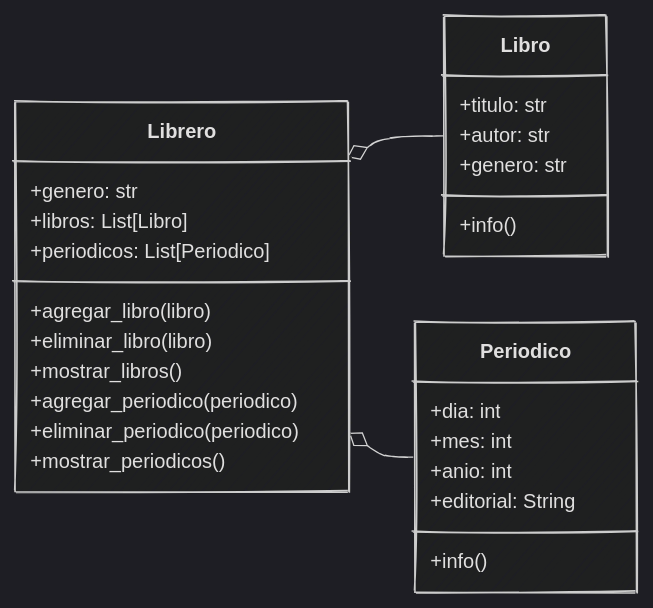
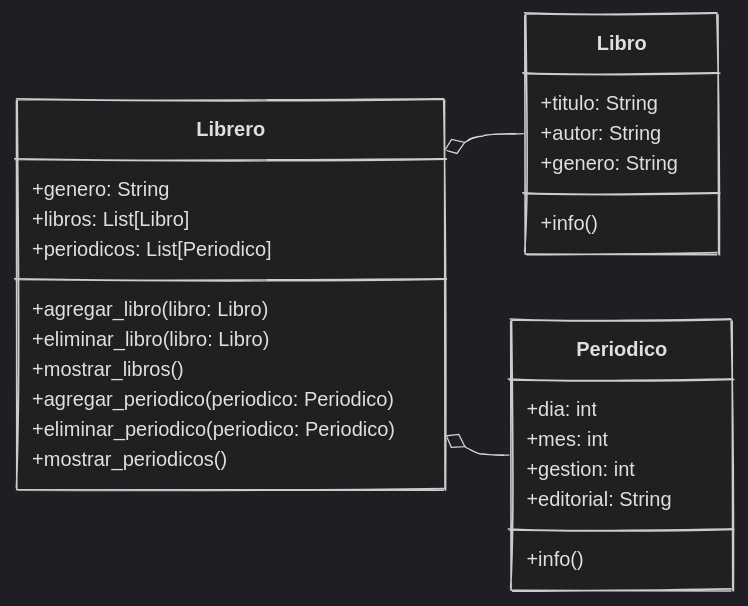
The fourth of 6 diagrams in content/sesion06/Readme.md (python-la-paz/python-study-group-oop), drawn with Mermaid before and after one commit. The commit also changed other lines of this file and 3 other files, not shown here.

````diff
--- a/content/sesion06/Readme.md
+++ b/content/sesion06/Readme.md
@@ -703,32 +778,32 @@
 ```mermaid
 %%{init: {"theme": "dark", "look": "handDrawn"  }}%%
 classDiagram
 direction LR
     class Libro {
-        +titulo: str
-        +autor: str
-        +genero: str
+        +titulo: String
+        +autor: String
+        +genero: String
         +info()
     }
     class Periodico {
         +dia: int
         +mes: int
-        +anio: int
+        +gestion: int
         +editorial: String
         +info()
     }
     class Librero {
-        +genero: str
+        +genero: String
         +libros: List[Libro]
         +periodicos: List[Periodico]
-        +agregar_libro(libro)
-        +eliminar_libro(libro)
+        +agregar_libro(libro: Libro)
+        +eliminar_libro(libro: Libro)
         +mostrar_libros()
-        +agregar_periodico(periodico)
-        +eliminar_periodico(periodico)
+        +agregar_periodico(periodico: Periodico)
+        +eliminar_periodico(periodico: Periodico)
         +mostrar_periodicos()
     }
 
     Librero o-- Libro
     Librero o-- Periodico
 ```
````
